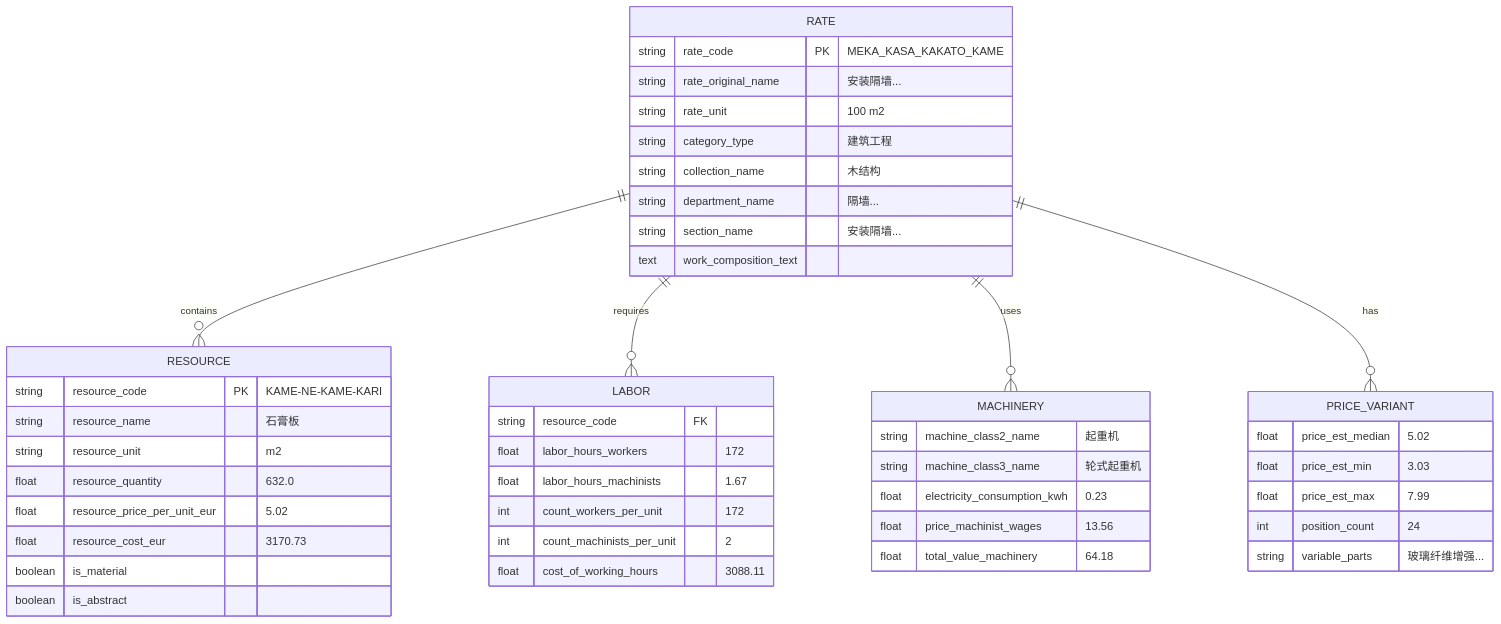
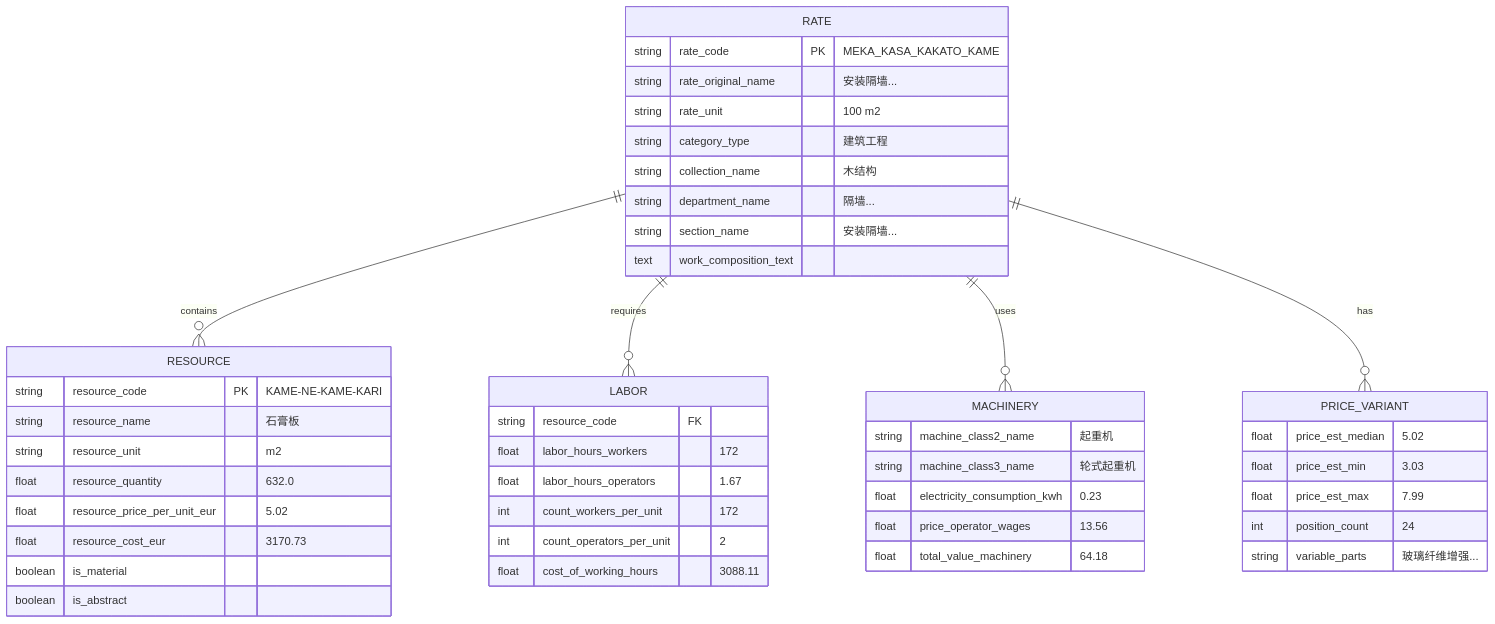
One commit to ehtick/OpenConstructionEstimate-DDC-CWICR changed the first of 6 diagrams in README.zh.md. Above: the diagram before and after it, drawn with Mermaid. The commit also changed other lines of this file and 81 other files, not shown here.

````diff
--- a/README.zh.md
+++ b/README.zh.md
@@ -475,54 +475,54 @@
 ```mermaid
 erDiagram
     RATE ||--o{ RESOURCE : contains
     RATE ||--o{ LABOR : requires
     RATE ||--o{ MACHINERY : uses
     RATE ||--o{ PRICE_VARIANT : has
 
     RATE {
         string rate_code PK "MEKA_KASA_KAKATO_KAME"
         string rate_original_name "安装隔墙..."
         string rate_unit "100 m2"
         string category_type "建筑工程"
         string collection_name "木结构"
         string department_name "隔墙..."
         string section_name "安装隔墙..."
         text work_composition_text
     }
 
     RESOURCE {
         string resource_code PK "KAME-NE-KAME-KARI"
         string resource_name "石膏板"
         string resource_unit "m2"
         float resource_quantity "632.0"
         float resource_price_per_unit_eur "5.02"
         float resource_cost_eur "3170.73"
         boolean is_material
         boolean is_abstract
     }
 
     LABOR {
         string resource_code FK
         float labor_hours_workers "172"
-        float labor_hours_machinists "1.67"
+        float labor_hours_operators "1.67"
         int count_workers_per_unit "172"
-        int count_machinists_per_unit "2"
+        int count_operators_per_unit "2"
         float cost_of_working_hours "3088.11"
     }
 
     MACHINERY {
         string machine_class2_name "起重机"
         string machine_class3_name "轮式起重机"
         float electricity_consumption_kwh "0.23"
-        float price_machinist_wages "13.56"
+        float price_operator_wages "13.56"
         float total_value_machinery "64.18"
     }
 
     PRICE_VARIANT {
         float price_est_median "5.02"
         float price_est_min "3.03"
         float price_est_max "7.99"
         int position_count "24"
         string variable_parts "玻璃纤维增强..."
     }
 ```
````
